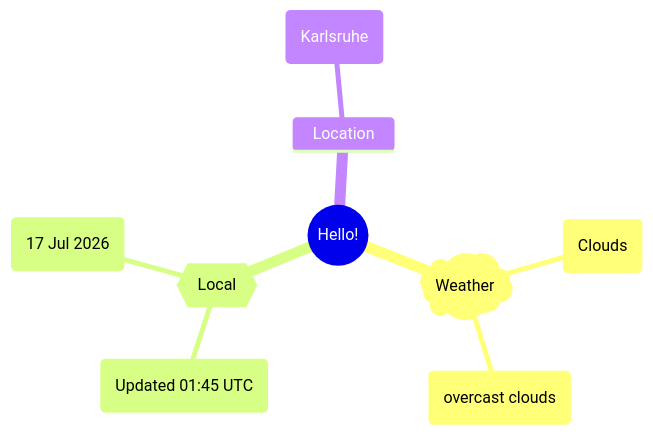
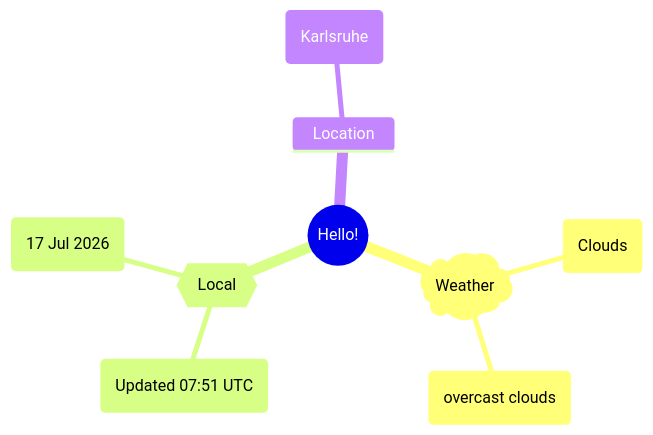
One commit to Xosrov/Xosrov changed the first of 2 diagrams in README.md. Above: the diagram before and after it, drawn with Mermaid.

Commit message:
[bot] updated images

````diff
--- a/README.md
+++ b/README.md
@@ -3,12 +3,12 @@
 ```mermaid
 mindmap
   root((Hello!))
     )Weather(
         (Clouds)
         (overcast clouds)
     {{Local}}
-        (Updated 01:45 UTC)
+        (Updated 07:51 UTC)
         (17 Jul 2026)
     Location
         (Karlsruhe)
 ```
````
